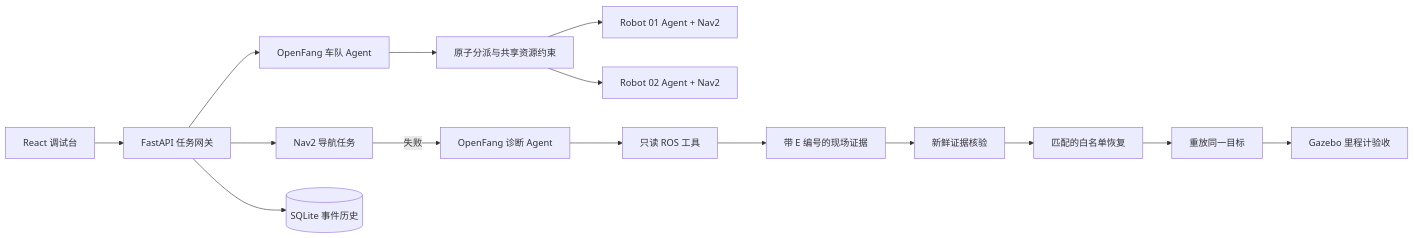
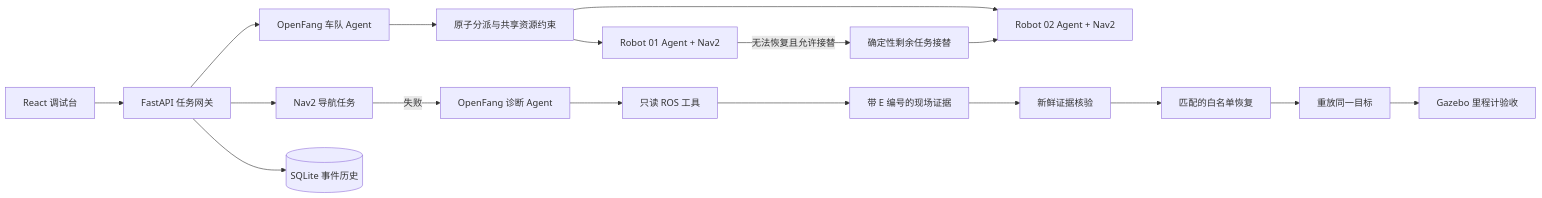
Before and after one commit to SeeWhy-star/robot-debug-lab: the diagram in README.zh-CN.md, drawn with Mermaid. The commit also changed other lines of this file and 11 other files, not shown here.

````diff
--- a/README.zh-CN.md
+++ b/README.zh-CN.md
@@ -44,17 +44,19 @@
 ```mermaid
 flowchart LR
   UI[React 调试台] --> API[FastAPI 任务网关]
   API --> Nav2[Nav2 导航任务]
   API --> Fleet[OpenFang 车队 Agent]
   Fleet --> Batch[原子分派与共享资源约束]
   Batch --> R1[Robot 01 Agent + Nav2]
   Batch --> R2[Robot 02 Agent + Nav2]
+  R1 -->|无法恢复且允许接替| Handoff[确定性剩余任务接替]
+  Handoff --> R2
   Nav2 -->|失败| Agent[OpenFang 诊断 Agent]
   Agent --> Tools[只读 ROS 工具]
   Tools --> Evidence[带 E 编号的现场证据]
   Evidence --> Guard[新鲜证据核验]
   Guard --> Repair[匹配的白名单恢复]
   Repair --> Replay[重放同一目标]
   Replay --> Odom[Gazebo 里程计验收]
   API --> DB[(SQLite 事件历史)]
 ```
````
